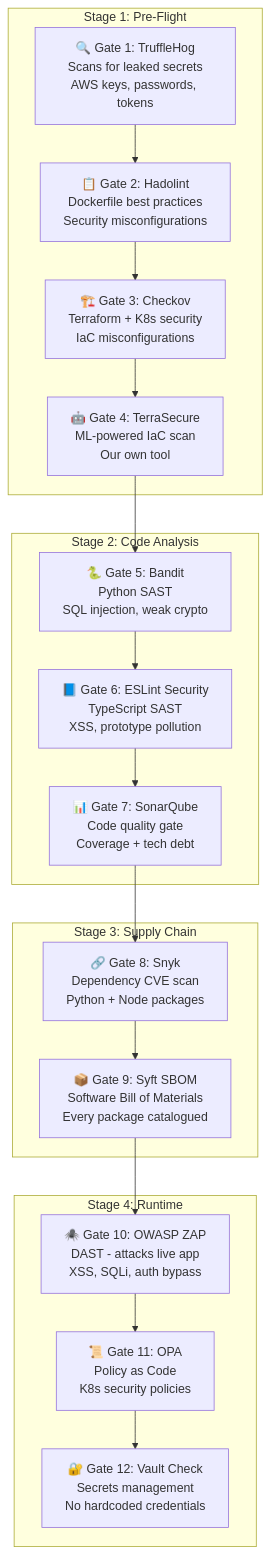
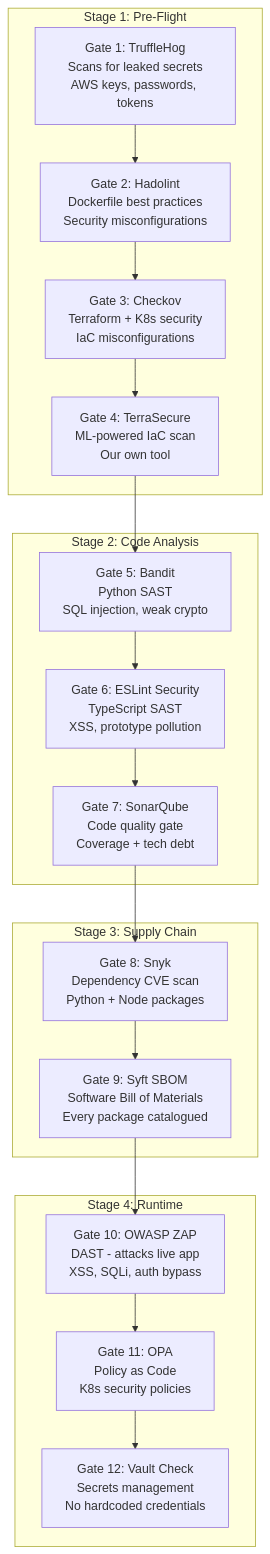
Before and after one commit to crms-devops/crms: the fourth of 7 diagrams in README.md, drawn with Mermaid. The commit also changed other lines of this file, not shown here.

````diff
--- a/README.md
+++ b/README.md
@@ -202,31 +202,31 @@
 ```mermaid
 graph TD
     subgraph "Stage 1: Pre-Flight"
-        G1["🔍 Gate 1: TruffleHog<br/>Scans for leaked secrets<br/>AWS keys, passwords, tokens"]
-        G2["📋 Gate 2: Hadolint<br/>Dockerfile best practices<br/>Security misconfigurations"]
-        G3["🏗️ Gate 3: Checkov<br/>Terraform + K8s security<br/>IaC misconfigurations"]
-        G4["🤖 Gate 4: TerraSecure<br/>ML-powered IaC scan<br/>Our own tool"]
+        G1[" Gate 1: TruffleHog<br/>Scans for leaked secrets<br/>AWS keys, passwords, tokens"]
+        G2[" Gate 2: Hadolint<br/>Dockerfile best practices<br/>Security misconfigurations"]
+        G3[" Gate 3: Checkov<br/>Terraform + K8s security<br/>IaC misconfigurations"]
+        G4[" Gate 4: TerraSecure<br/>ML-powered IaC scan<br/>Our own tool"]
     end
 
     subgraph "Stage 2: Code Analysis"
-        G5["🐍 Gate 5: Bandit<br/>Python SAST<br/>SQL injection, weak crypto"]
-        G6["📘 Gate 6: ESLint Security<br/>TypeScript SAST<br/>XSS, prototype pollution"]
-        G7["📊 Gate 7: SonarQube<br/>Code quality gate<br/>Coverage + tech debt"]
+        G5[" Gate 5: Bandit<br/>Python SAST<br/>SQL injection, weak crypto"]
+        G6[" Gate 6: ESLint Security<br/>TypeScript SAST<br/>XSS, prototype pollution"]
+        G7[" Gate 7: SonarQube<br/>Code quality gate<br/>Coverage + tech debt"]
     end
 
     subgraph "Stage 3: Supply Chain"
-        G8["🔗 Gate 8: Snyk<br/>Dependency CVE scan<br/>Python + Node packages"]
-        G9["📦 Gate 9: Syft SBOM<br/>Software Bill of Materials<br/>Every package catalogued"]
+        G8[" Gate 8: Snyk<br/>Dependency CVE scan<br/>Python + Node packages"]
+        G9[" Gate 9: Syft SBOM<br/>Software Bill of Materials<br/>Every package catalogued"]
     end
 
     subgraph "Stage 4: Runtime"
-        G10["🕷️ Gate 10: OWASP ZAP<br/>DAST - attacks live app<br/>XSS, SQLi, auth bypass"]
-        G11["📜 Gate 11: OPA<br/>Policy as Code<br/>K8s security policies"]
-        G12["🔐 Gate 12: Vault Check<br/>Secrets management<br/>No hardcoded credentials"]
+        G10[" Gate 10: OWASP ZAP<br/>DAST - attacks live app<br/>XSS, SQLi, auth bypass"]
+        G11[" Gate 11: OPA<br/>Policy as Code<br/>K8s security policies"]
+        G12[" Gate 12: Vault Check<br/>Secrets management<br/>No hardcoded credentials"]
     end
 
     G1 --> G2 --> G3 --> G4
     G4 --> G5 --> G6 --> G7
     G7 --> G8 --> G9
     G9 --> G10 --> G11 --> G12
 ```
````
